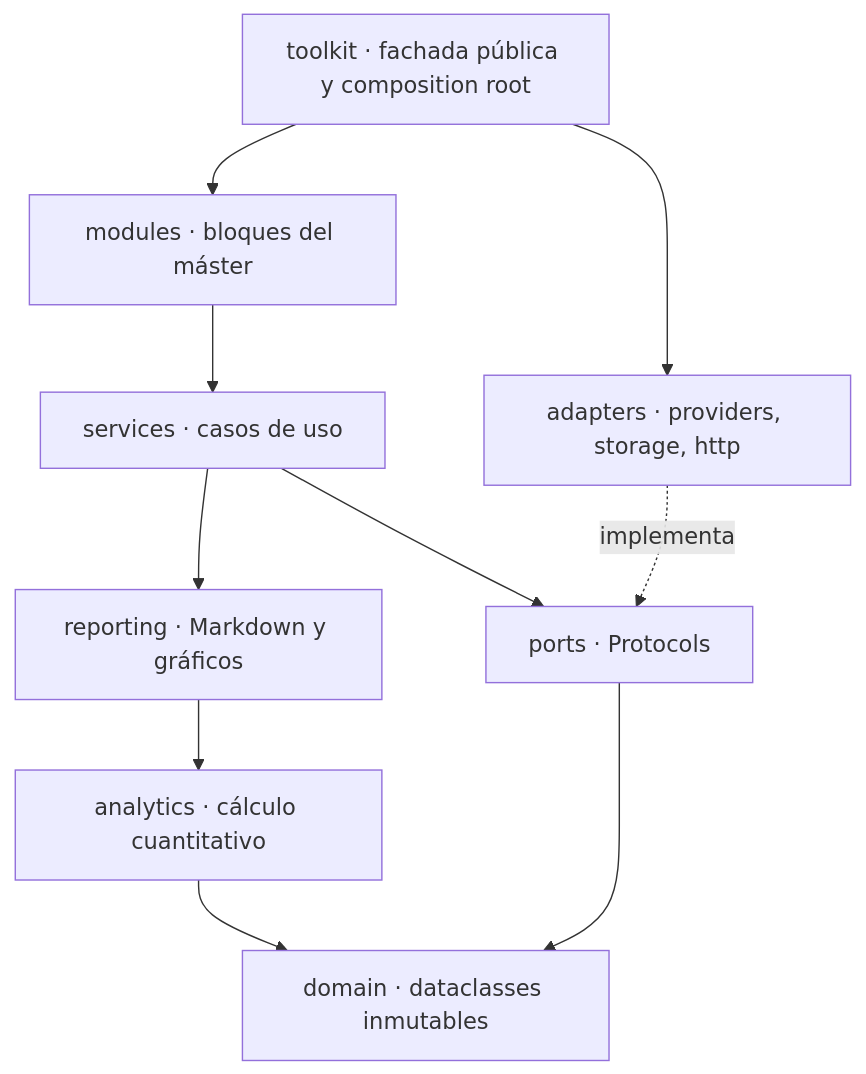
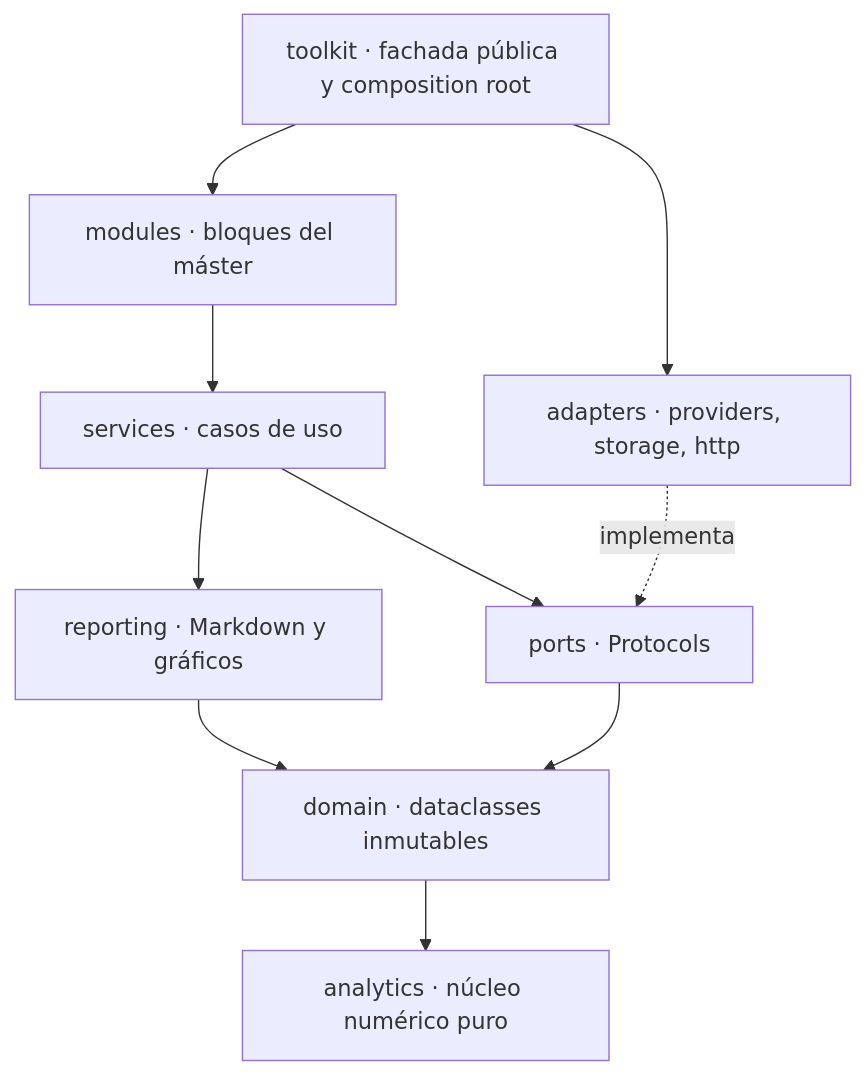
Before and after one commit to JAVIIFDEEZ/Finances: the diagram in docs/architecture/index.md, drawn with Mermaid. The commit also changed other lines of this file and 4 other files, not shown here.

First line of the commit message:
refactor(arch): place the analytics kernel below the domain

````diff
--- a/docs/architecture/index.md
+++ b/docs/architecture/index.md
@@ -10,21 +10,21 @@
 ```mermaid
 flowchart TB
     TOOLKIT[toolkit · fachada pública y composition root]
     MODULES[modules · bloques del máster]
     SERVICES[services · casos de uso]
     ADAPTERS[adapters · providers, storage, http]
     REPORTING[reporting · Markdown y gráficos]
-    ANALYTICS[analytics · cálculo cuantitativo]
     PORTS[ports · Protocols]
     DOMAIN[domain · dataclasses inmutables]
+    ANALYTICS[analytics · núcleo numérico puro]
 
     TOOLKIT --> MODULES
     TOOLKIT --> ADAPTERS
     MODULES --> SERVICES
     SERVICES --> REPORTING
     SERVICES --> PORTS
-    REPORTING --> ANALYTICS
-    ANALYTICS --> DOMAIN
+    REPORTING --> DOMAIN
     PORTS --> DOMAIN
+    DOMAIN --> ANALYTICS
     ADAPTERS -.implementa.-> PORTS
 ```
````
